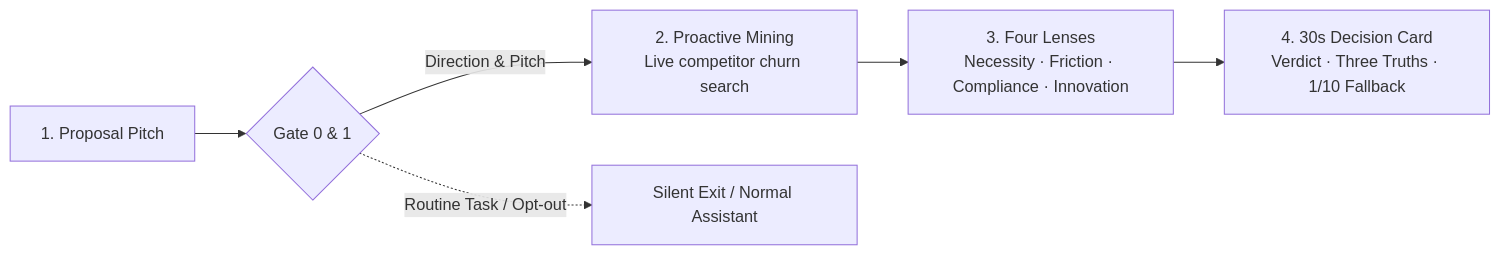
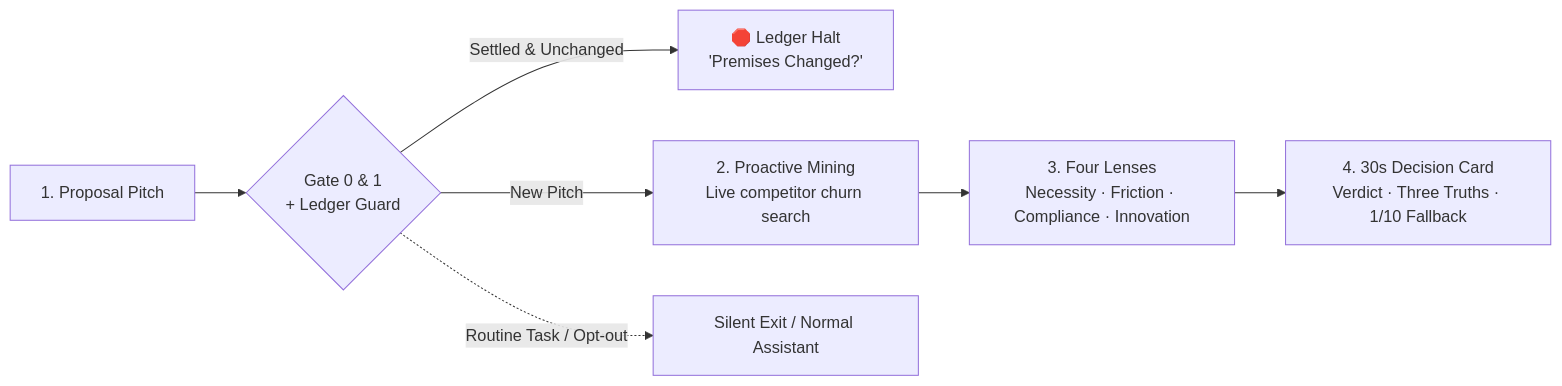
One commit to shahuichao24-ops/Dialectic changed the diagram in README.md. Above: the diagram before and after it, drawn with Mermaid. The commit also changed other lines of this file and 4 other files, not shown here.

First line of the commit message:
feat: introduce Decision Ledger Guard to halt repetitive debate

````diff
--- a/README.md
+++ b/README.md
@@ -27,8 +28,9 @@
 ```mermaid
 flowchart LR
-    In["1. Proposal Pitch"] --> Guard{"Gate 0 & 1"}
-    Guard -->|"Direction & Pitch"| Mine["2. Proactive Mining<br>Live competitor churn search"]
+    In["1. Proposal Pitch"] --> Guard{"Gate 0 & 1<br>+ Ledger Guard"}
+    Guard -->|"Settled & Unchanged"| Stop["🛑 Ledger Halt<br>'Premises Changed?'"]
+    Guard -->|"New Pitch"| Mine["2. Proactive Mining<br>Live competitor churn search"]
     Mine --> Lenses["3. Four Lenses<br>Necessity · Friction · Compliance · Innovation"]
     Lenses --> Out["4. 30s Decision Card<br>Verdict · Three Truths · 1/10 Fallback"]
     Guard -.->|"Routine Task / Opt-out"| Exit["Silent Exit / Normal Assistant"]
 ```
````
